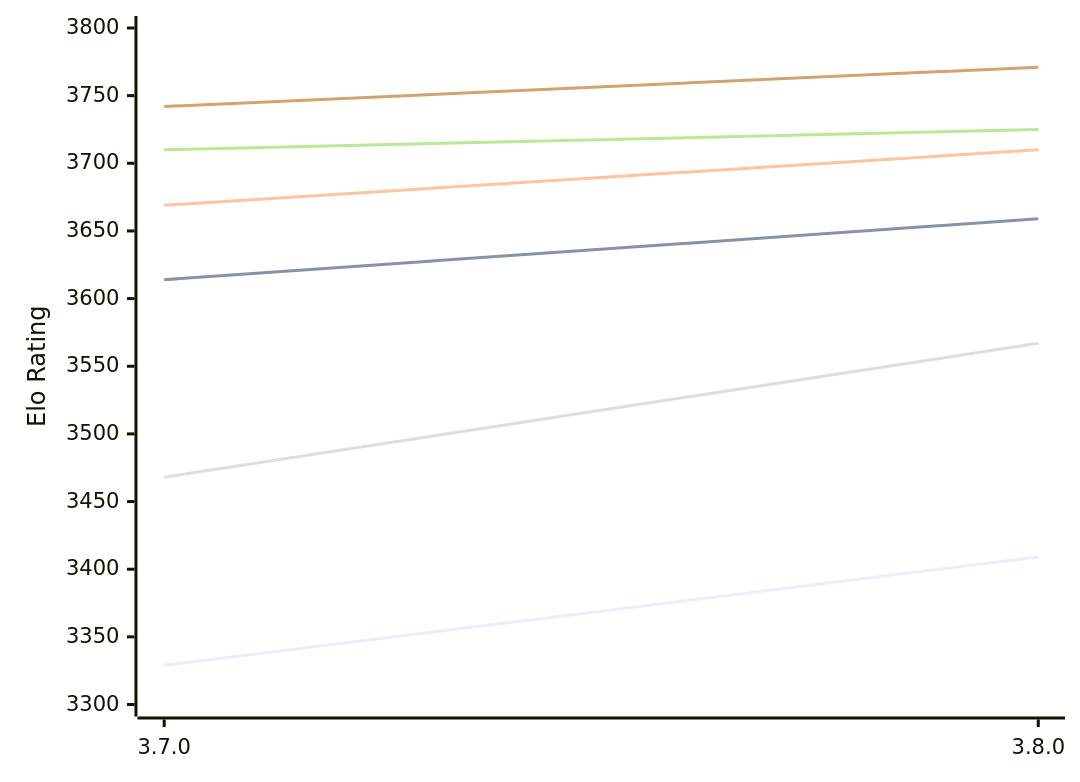
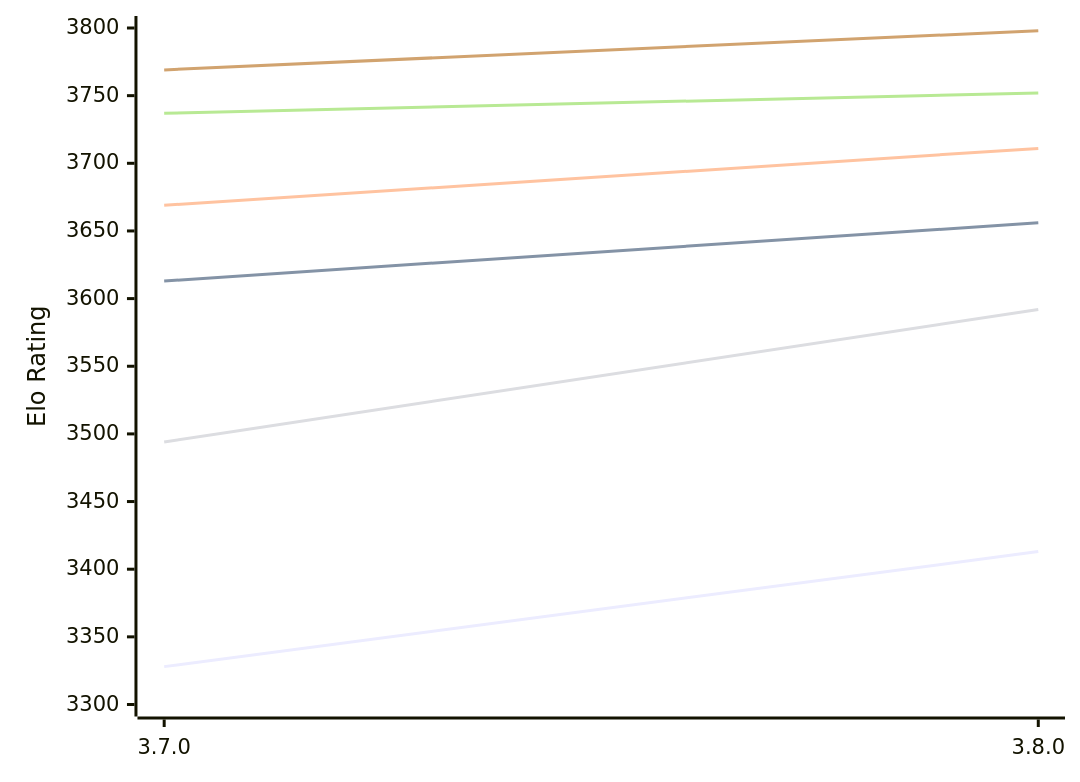
The first of 2 diagrams in engines/Igel.md (computer-chess-index/cci), drawn with Mermaid before and after one commit. The commit also changed other lines of this file, not shown here.

Commit message:
Update CCI Ratings (ELO VLTC) - 2026-11-04

````diff
--- a/engines/Igel.md
+++ b/engines/Igel.md
@@ -51,12 +51,12 @@
 ```mermaid
 %%{init: {"theme":"base","themeVariables":{"seriesColors:['#a3a3a3','#222221','#faa371']}}}%%
 xychart-beta
   x-axis ["3.7.0", "3.8.0"]
   y-axis "Elo Rating" 3300 --> 3800
-  line "E1: STC (8.0+0.08s)" [3329, 3409]
-  line "E1: LTC (60.0+0.60s)" [3614, 3659]
-  line "E1: VLTC (2m24s+1.12s)" [3669, 3710]
-  line "P1: STC (8.0+0.08s)" [3468, 3567]
-  line "P1: LTC (60.0+0.60s)" [3710, 3725]
-  line "P1: VLTC (2m24s+1.12s)" [3742, 3771]
+  line "E1: STC (8.0+0.08s)" [3328, 3413]
+  line "E1: LTC (60.0+0.60s)" [3613, 3656]
+  line "E1: VLTC (2m24s+1.12s)" [3669, 3711]
+  line "P1: STC (8.0+0.08s)" [3494, 3592]
+  line "P1: LTC (60.0+0.60s)" [3737, 3752]
+  line "P1: VLTC (2m24s+1.12s)" [3769, 3798]
 ```
````
